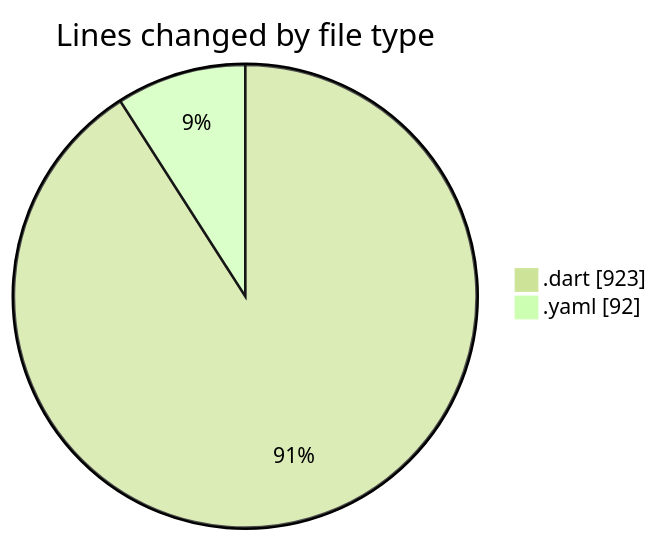
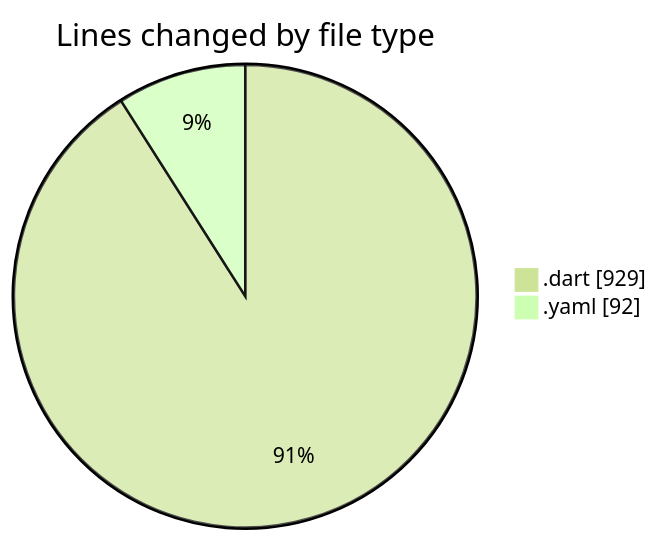
Before and after one commit to donsfak/code-tracking: the first of 2 diagrams in 2025-03-27/wordle/README.md, drawn with Mermaid (forest theme). The commit also changed other lines of this file and 1 other file, not shown here.

````diff
--- a/2025-03-27/wordle/README.md
+++ b/2025-03-27/wordle/README.md
@@ -28,6 +28,6 @@
 ```mermaid
 pie showData
 title Lines changed by file type
-".dart" : 923
+".dart" : 929
 ".yaml" : 92
 ```
````
